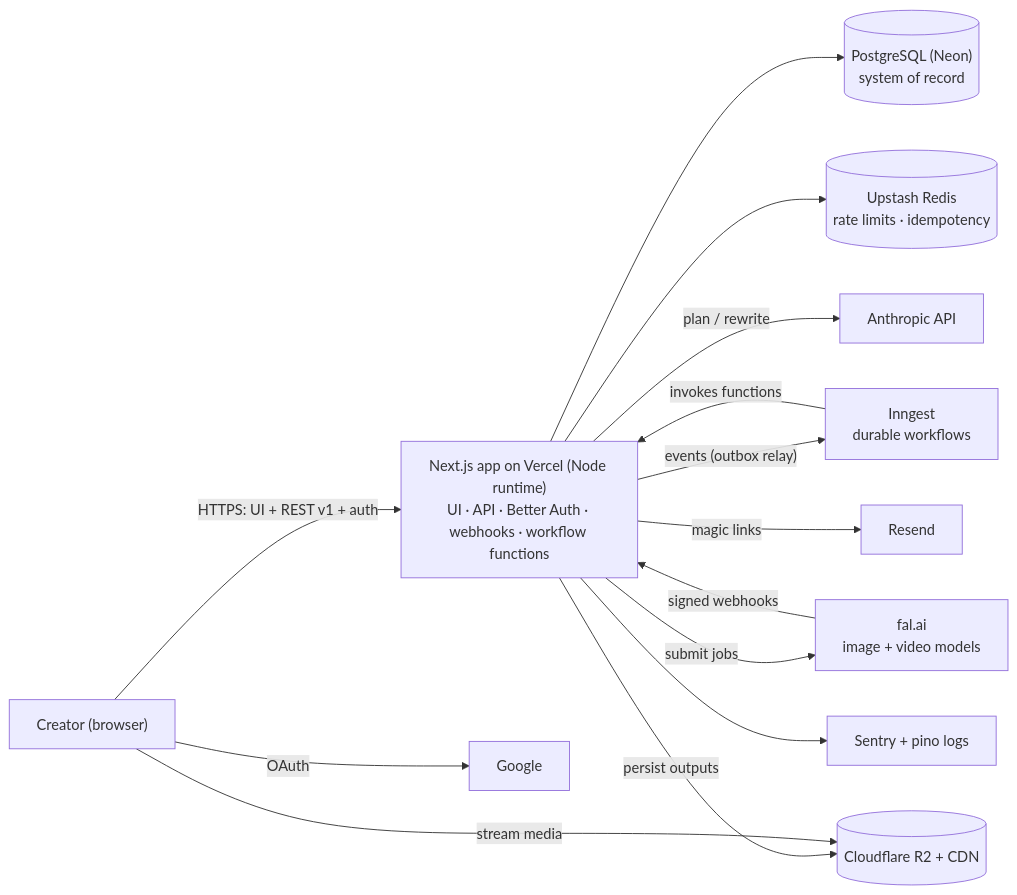
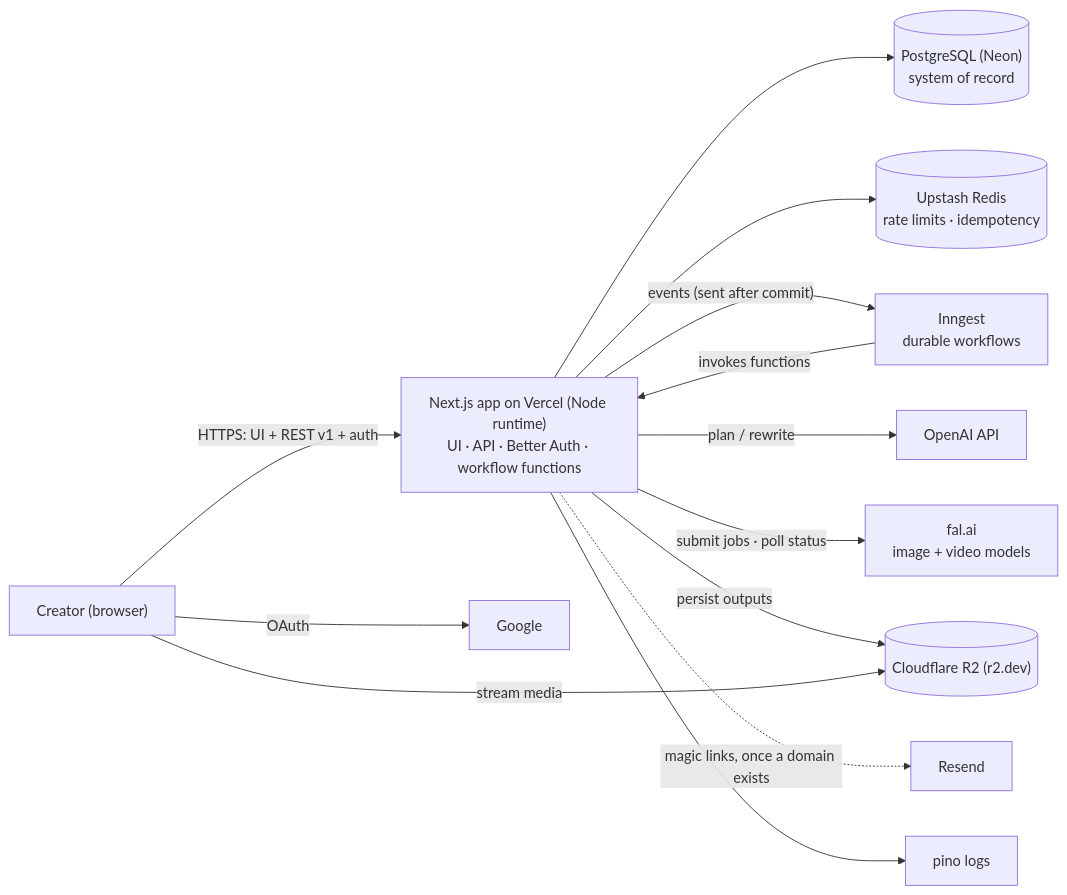
Before and after one commit to Webtech12/higgsfield-ai-clone: the first of 5 diagrams in docs/architecture.md, drawn with Mermaid. The commit also changed other lines of this file and 18 other files, not shown here.

````diff
--- a/docs/architecture.md
+++ b/docs/architecture.md
@@ -35,16 +37,15 @@
 ```mermaid
 flowchart LR
-  U["Creator (browser)"] -->|"HTTPS: UI + REST v1 + auth"| APP["Next.js app on Vercel (Node runtime)<br/>UI · API · Better Auth · webhooks · workflow functions"]
+  U["Creator (browser)"] -->|"HTTPS: UI + REST v1 + auth"| APP["Next.js app on Vercel (Node runtime)<br/>UI · API · Better Auth · workflow functions"]
   APP --> DB[("PostgreSQL (Neon)<br/>system of record")]
   APP --> RL[("Upstash Redis<br/>rate limits · idempotency")]
-  APP -->|"events (outbox relay)"| WF["Inngest<br/>durable workflows"]
+  APP -->|"events (sent after commit)"| WF["Inngest<br/>durable workflows"]
   WF -->|"invokes functions"| APP
-  APP -->|"plan / rewrite"| LLM["Anthropic API"]
-  APP -->|"submit jobs"| MP["fal.ai<br/>image + video models"]
-  MP -->|"signed webhooks"| APP
-  APP -->|"persist outputs"| OS[("Cloudflare R2 + CDN")]
+  APP -->|"plan / rewrite"| LLM["OpenAI API"]
+  APP -->|"submit jobs · poll status"| MP["fal.ai<br/>image + video models"]
+  APP -->|"persist outputs"| OS[("Cloudflare R2 (r2.dev)")]
   U -->|"stream media"| OS
-  APP -->|"magic links"| EM["Resend"]
+  APP -.->|"magic links, once a domain exists"| EM["Resend"]
   U -->|"OAuth"| G["Google"]
-  APP --> OBS["Sentry + pino logs"]
+  APP --> OBS["pino logs"]
 ```
````
